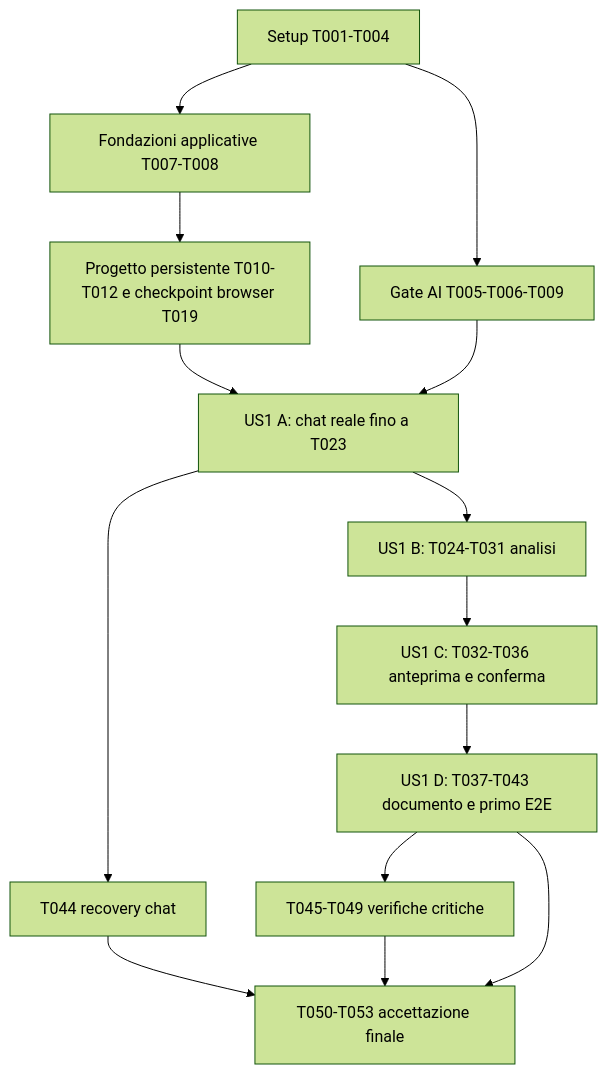
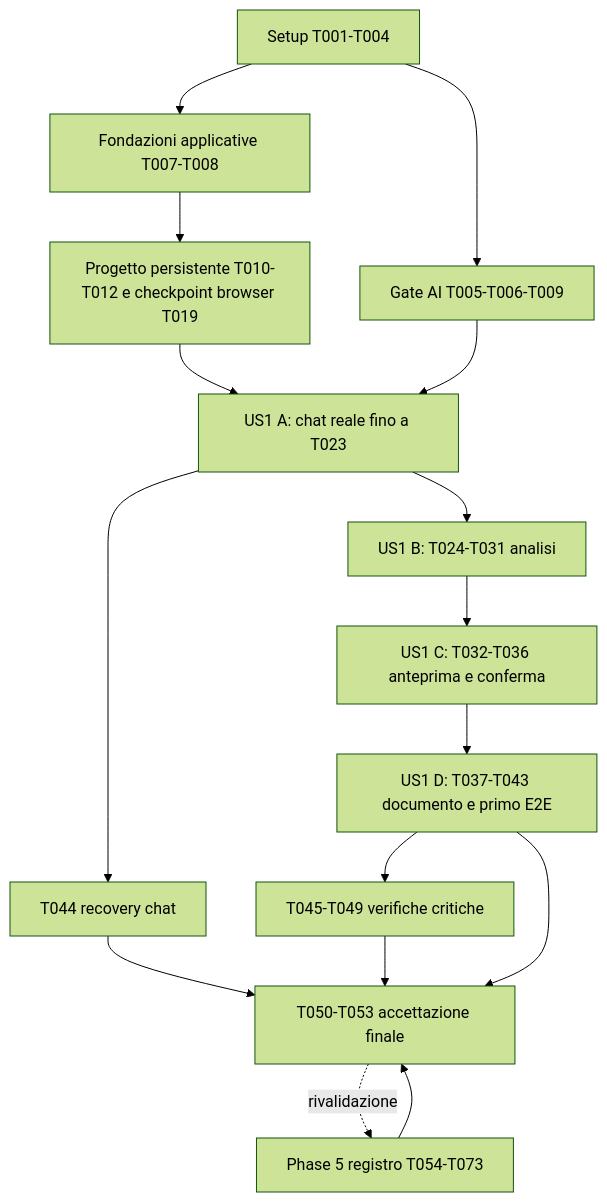
The diagram in specs/001-project-draft/tasks.md (babbubba/bProjects), drawn with Mermaid (forest theme) before and after one commit. The commit also changed other lines of this file and 10 other files, not shown here.

````diff
--- a/specs/001-project-draft/tasks.md
+++ b/specs/001-project-draft/tasks.md
@@ -193,16 +246,18 @@
 ```mermaid
 flowchart TD
   S[Setup T001-T004] --> F[Fondazioni applicative T007-T008]
   S --> G[Gate AI T005-T006-T009]
   F --> Q[Progetto persistente T010-T012 e checkpoint browser T019]
   Q --> C[US1 A: chat reale fino a T023]
   G --> C
   C --> A[US1 B: T024-T031 analisi]
   A --> P[US1 C: T032-T036 anteprima e conferma]
   P --> D[US1 D: T037-T043 documento e primo E2E]
   C --> R1[T044 recovery chat]
   D --> R2[T045-T049 verifiche critiche]
   R1 --> X[T050-T053 accettazione finale]
   R2 --> X
   D --> X
+  X -. rivalidazione .-> L[Phase 5 registro T054-T073]
+  L --> X
 ```
````
